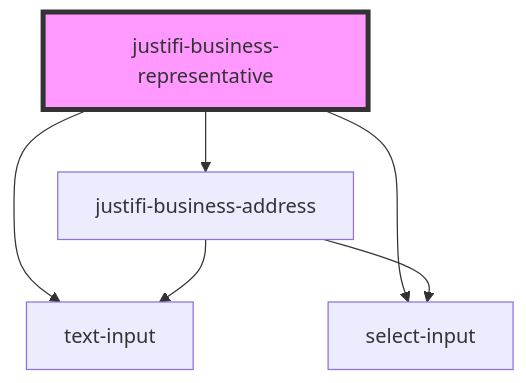
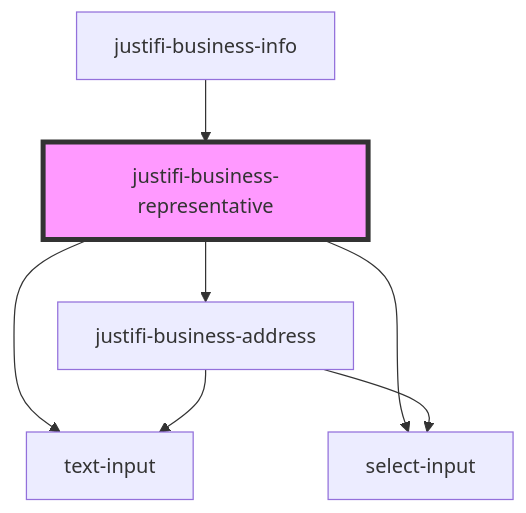
One commit to justifi-tech/web-component-library changed the diagram in stencil-library/src/components/business-info/business-representative/readme.md. Above: the diagram before and after it, drawn with Mermaid. The commit also changed other lines of this file and 13 other files, not shown here.

Commit message:
refactor business-info component and subcomponents

````diff
--- a/stencil-library/src/components/business-info/business-representative/readme.md
+++ b/stencil-library/src/components/business-info/business-representative/readme.md
@@ -26,9 +34,10 @@
 ```mermaid
 graph TD;
   justifi-business-representative --> text-input
   justifi-business-representative --> select-input
   justifi-business-representative --> justifi-business-address
   justifi-business-address --> text-input
   justifi-business-address --> select-input
+  justifi-business-info --> justifi-business-representative
   style justifi-business-representative fill:#f9f,stroke:#333,stroke-width:4px
 ```
````
